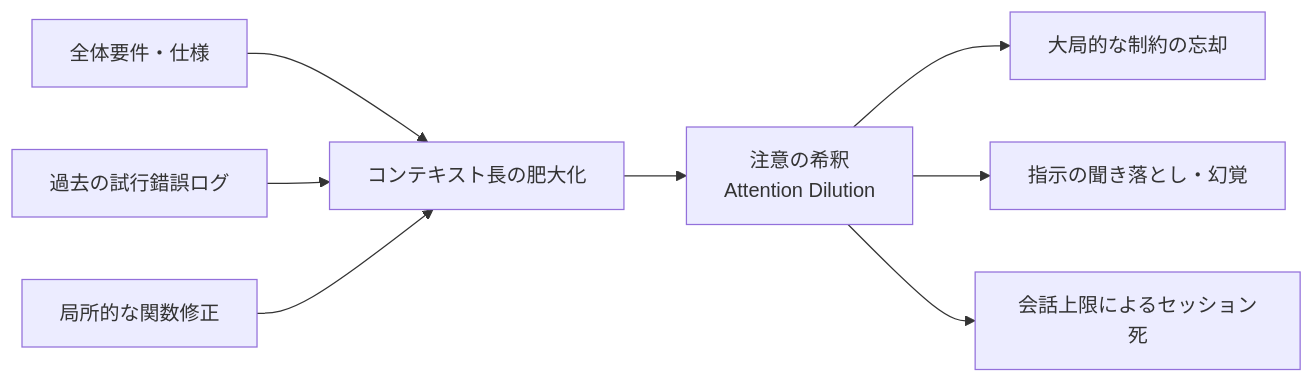
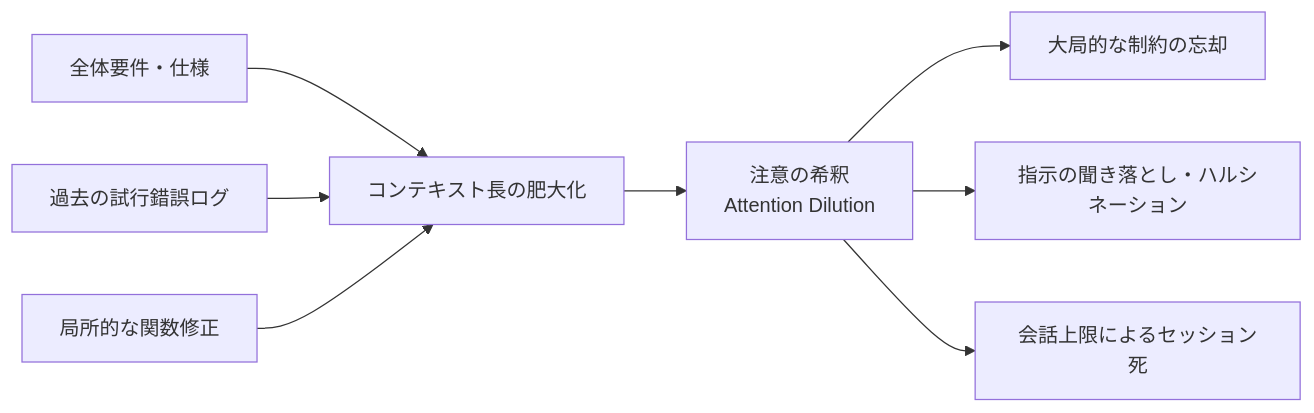
Before and after one commit to hamatz/agent-harness-kit: the third of 7 diagrams in docs/paper.md, drawn with Mermaid. The commit also changed other lines of this file and 11 other files, not shown here.

````diff
--- a/docs/paper.md
+++ b/docs/paper.md
@@ -240,10 +240,10 @@
 ```mermaid
 flowchart LR
   S["全体要件・仕様"] --> X
   N["過去の試行錯誤ログ"] --> X
   F["局所的な関数修正"] --> X
   X["コンテキスト長の肥大化"] --> D["注意の希釈<br/>Attention Dilution"]
   D --> R1["大局的な制約の忘却"]
-  D --> R2["指示の聞き落とし・幻覚"]
+  D --> R2["指示の聞き落とし・ハルシネーション"]
   D --> R3["会話上限によるセッション死"]
 ```
````
